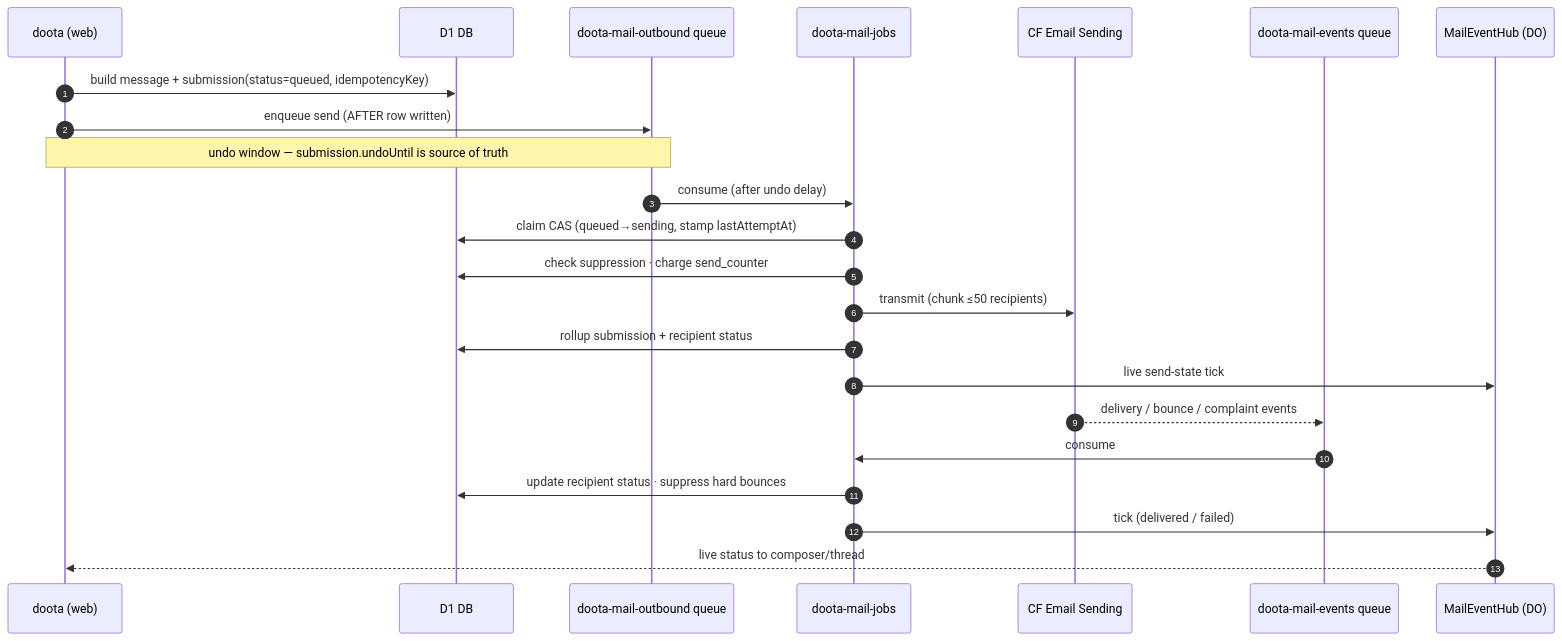
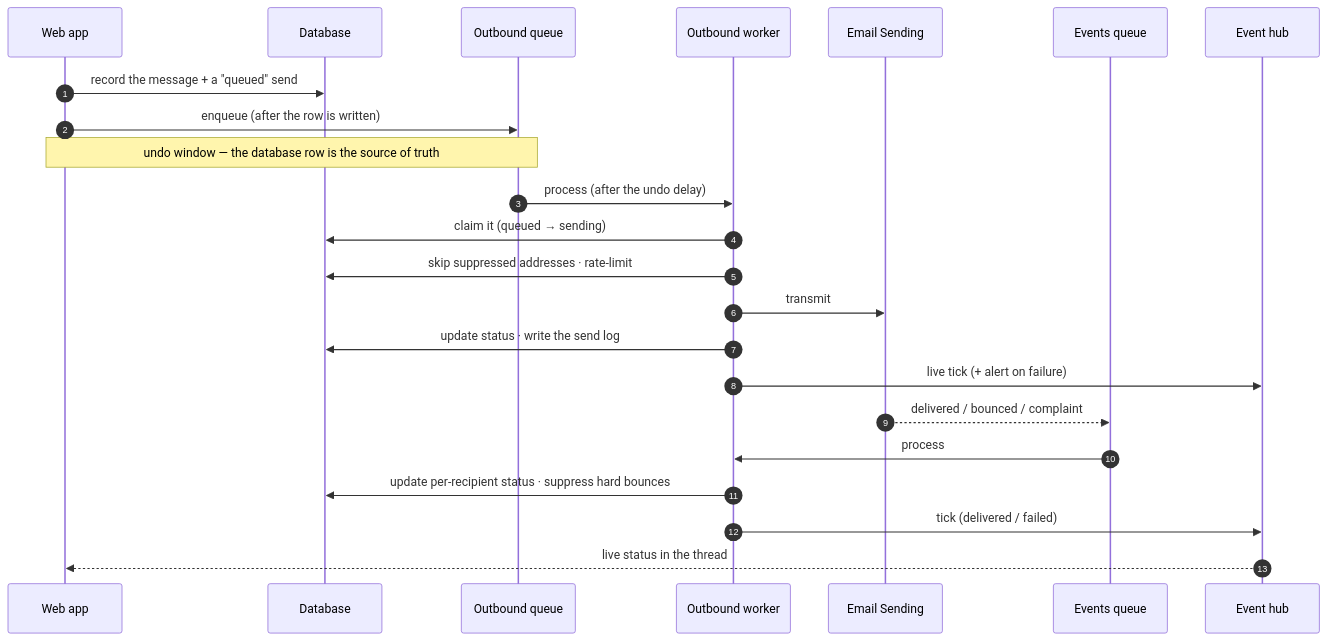
Before and after one commit to etherCorps/doota: the fifth of 6 diagrams in apps/docs/src/content/docs/reference/architecture-diagrams.md, drawn with Mermaid. The commit also changed other lines of this file and 15 other files, not shown here.

First line of the commit message:
docs: rewrite internal docs current + refresh public docs with logo'd architecture

````diff
--- a/apps/docs/src/content/docs/reference/architecture-diagrams.md
+++ b/apps/docs/src/content/docs/reference/architecture-diagrams.md
@@ -429,26 +514,26 @@
 ```mermaid
 sequenceDiagram
     autonumber
-    participant WEB as doota (web)
-    participant D1 as D1 DB
-    participant Q as doota-mail-outbound queue
-    participant JOBS as doota-mail-jobs
-    participant SEND as CF Email Sending
-    participant EV as doota-mail-events queue
-    participant HUB as MailEventHub (DO)
+    participant WEB as Web app
+    participant D1 as Database
+    participant Q as Outbound queue
+    participant JOBS as Outbound worker
+    participant SEND as Email Sending
+    participant EV as Events queue
+    participant HUB as Event hub
 
-    WEB->>D1: build message + submission(status=queued, idempotencyKey)
-    WEB->>Q: enqueue send (AFTER row written)
-    Note over WEB,Q: undo window — submission.undoUntil is source of truth
-    Q->>JOBS: consume (after undo delay)
-    JOBS->>D1: claim CAS (queued→sending, stamp lastAttemptAt)
-    JOBS->>D1: check suppression · charge send_counter
-    JOBS->>SEND: transmit (chunk ≤50 recipients)
-    JOBS->>D1: rollup submission + recipient status
-    JOBS->>HUB: live send-state tick
-    SEND-->>EV: delivery / bounce / complaint events
-    EV->>JOBS: consume
-    JOBS->>D1: update recipient status · suppress hard bounces
+    WEB->>D1: record the message + a "queued" send
+    WEB->>Q: enqueue (after the row is written)
+    Note over WEB,Q: undo window — the database row is the source of truth
+    Q->>JOBS: process (after the undo delay)
+    JOBS->>D1: claim it (queued → sending)
+    JOBS->>D1: skip suppressed addresses · rate-limit
+    JOBS->>SEND: transmit
+    JOBS->>D1: update status · write the send log
+    JOBS->>HUB: live tick (+ alert on failure)
+    SEND-->>EV: delivered / bounced / complaint
+    EV->>JOBS: process
+    JOBS->>D1: update per-recipient status · suppress hard bounces
     JOBS->>HUB: tick (delivered / failed)
-    HUB-->>WEB: live status to composer/thread
+    HUB-->>WEB: live status in the thread
 ```
````
